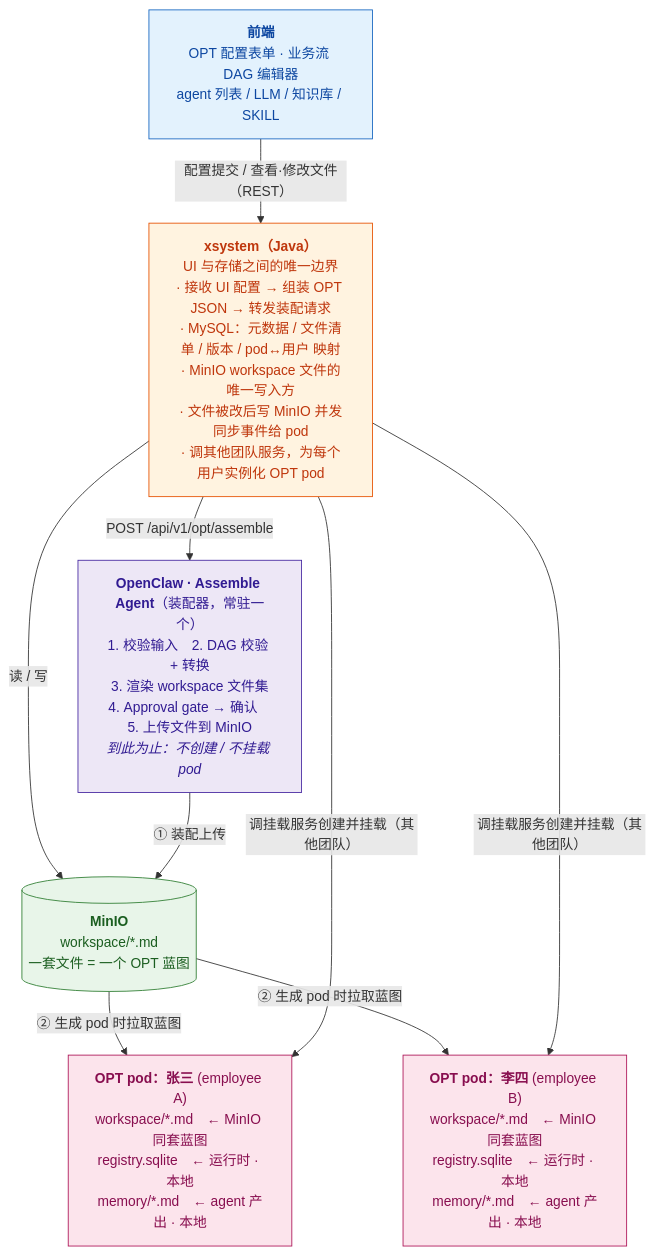
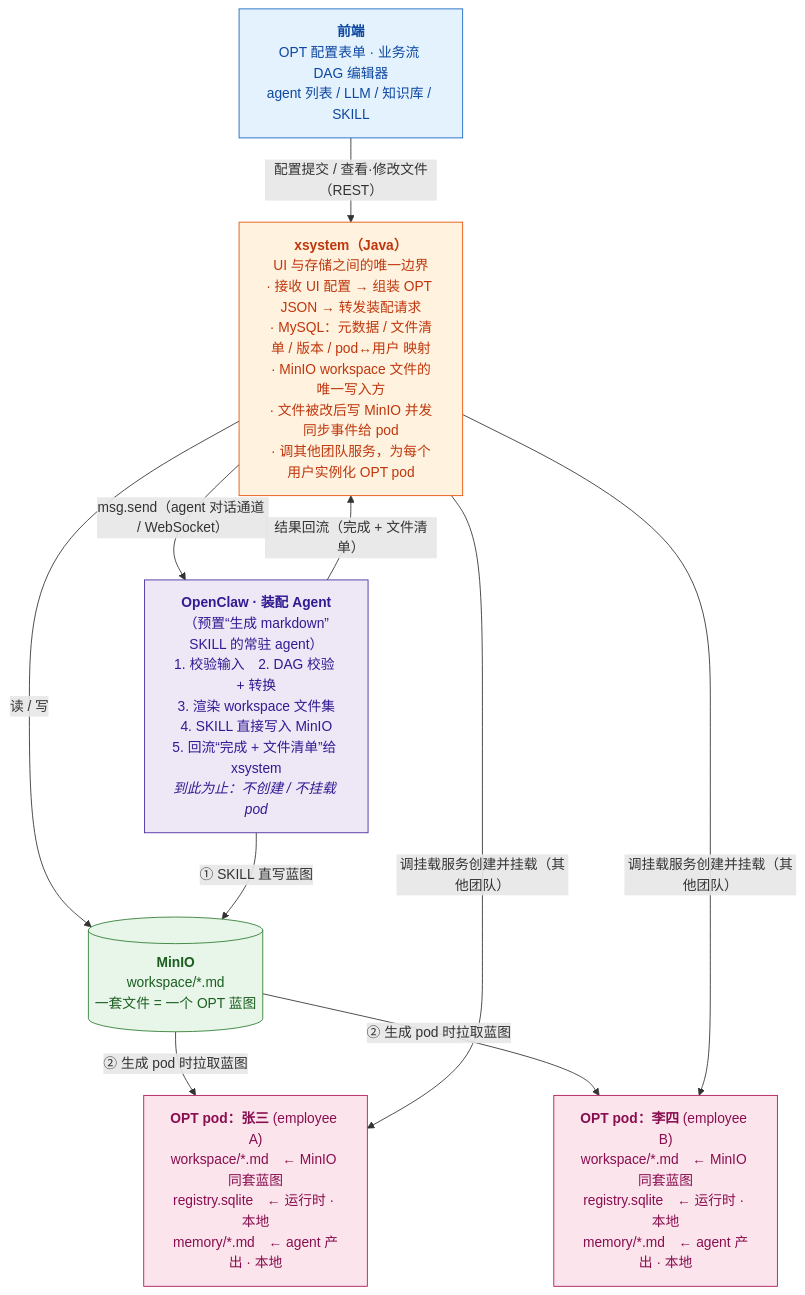
Before and after one commit to williamxww/openclaw: the diagram in adoc/自动装配.md, drawn with Mermaid. The commit also changed other lines of this file and 1 other file, not shown here.

````diff
--- a/adoc/自动装配.md
+++ b/adoc/自动装配.md
@@ -16,34 +16,35 @@
 ```mermaid
 flowchart TB
     FE["<b>前端</b><br/>OPT 配置表单 · 业务流 DAG 编辑器<br/>agent 列表 / LLM / 知识库 / SKILL"]
 
     XS["<b>xsystem（Java）</b><br/>UI 与存储之间的唯一边界<br/>· 接收 UI 配置 → 组装 OPT JSON → 转发装配请求<br/>· MySQL：元数据 / 文件清单 / 版本 / pod↔用户 映射<br/>· MinIO workspace 文件的唯一写入方<br/>· 文件被改后写 MinIO 并发同步事件给 pod<br/>· 调其他团队服务，为每个用户实例化 OPT pod"]
 
-    AA["<b>OpenClaw · Assemble Agent</b>（装配器，常驻一个）<br/>1. 校验输入　2. DAG 校验 + 转换<br/>3. 渲染 workspace 文件集<br/>4. Approval gate → 确认　5. 上传文件到 MinIO<br/><i>到此为止：不创建 / 不挂载 pod</i>"]
+    AA["<b>OpenClaw · 装配 Agent</b>（预置“生成 markdown”SKILL 的常驻 agent）<br/>1. 校验输入　2. DAG 校验 + 转换<br/>3. 渲染 workspace 文件集<br/>4. SKILL 直接写入 MinIO<br/>5. 回流“完成 + 文件清单”给 xsystem<br/><i>到此为止：不创建 / 不挂载 pod</i>"]
 
     MO[("<b>MinIO</b><br/>workspace/*.md<br/>一套文件 = 一个 OPT 蓝图")]
 
     P1["<b>OPT pod：张三</b> (employee A)<br/>workspace/*.md　← MinIO 同套蓝图<br/>registry.sqlite　← 运行时 · 本地<br/>memory/*.md　← agent 产出 · 本地"]
     P2["<b>OPT pod：李四</b> (employee B)<br/>workspace/*.md　← MinIO 同套蓝图<br/>registry.sqlite　← 运行时 · 本地<br/>memory/*.md　← agent 产出 · 本地"]
 
     FE -->|"配置提交 / 查看·修改文件（REST）"| XS
-    XS -->|"POST /api/v1/opt/assemble"| AA
+    XS -->|"msg.send（agent 对话通道 / WebSocket）"| AA
+    AA -->|"结果回流（完成 + 文件清单）"| XS
     XS -->|"读 / 写"| MO
-    AA -->|"① 装配上传"| MO
+    AA -->|"① SKILL 直写蓝图"| MO
     MO -->|"② 生成 pod 时拉取蓝图"| P1
     MO -->|"② 生成 pod 时拉取蓝图"| P2
     XS -->|"调挂载服务创建并挂载（其他团队）"| P1
     XS -->|"调挂载服务创建并挂载（其他团队）"| P2
 
     classDef fe fill:#e3f2fd,stroke:#1565c0,stroke-width:1px,color:#0d47a1;
     classDef xs fill:#fff3e0,stroke:#e65100,stroke-width:1px,color:#bf360c;
     classDef aa fill:#ede7f6,stroke:#4527a0,stroke-width:1px,color:#311b92;
     classDef mo fill:#e8f5e9,stroke:#2e7d32,stroke-width:1px,color:#1b5e20;
     classDef pod fill:#fce4ec,stroke:#ad1457,stroke-width:1px,color:#880e4f;
 
     class FE fe;
     class XS xs;
     class AA aa;
     class MO mo;
     class P1,P2 pod;
 ```
````
